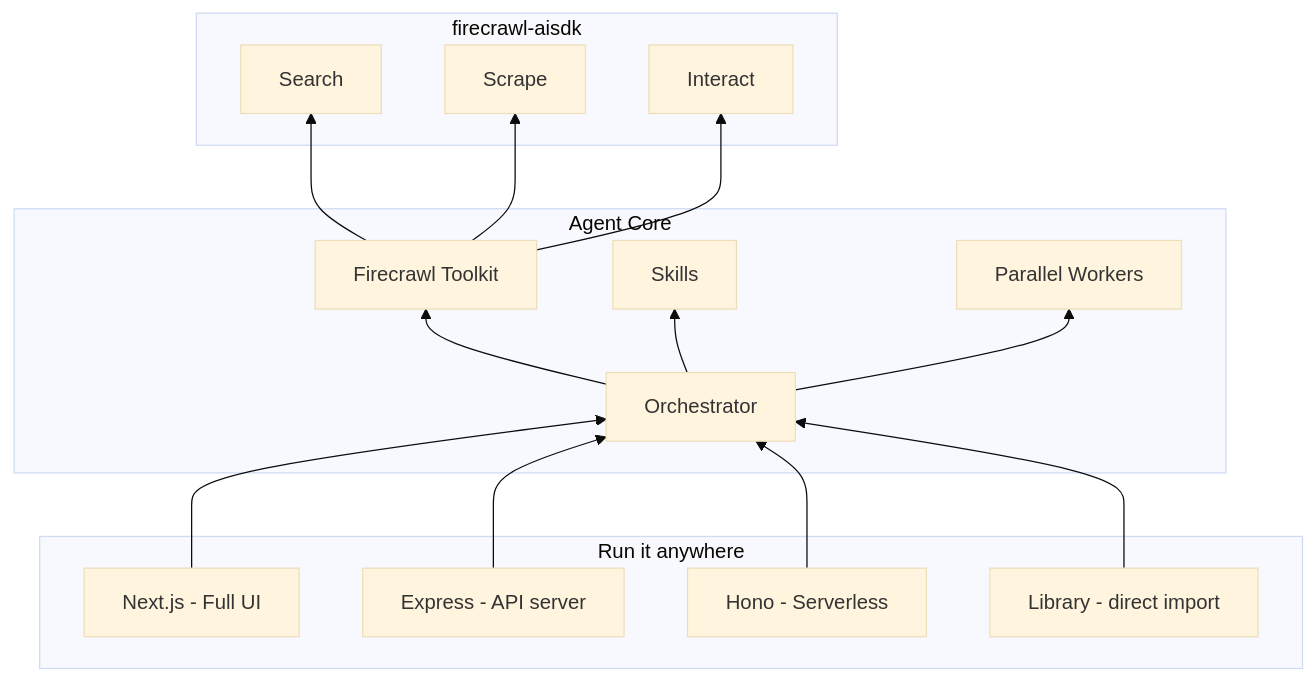
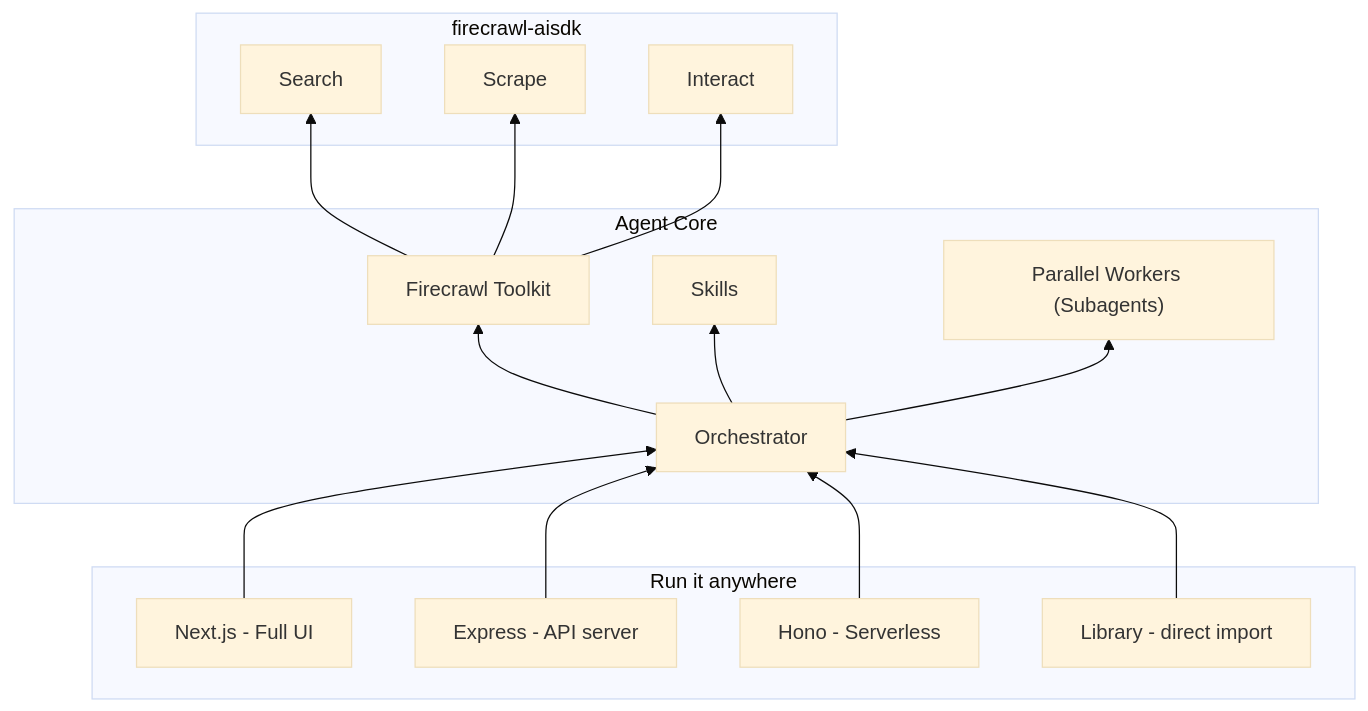
The diagram in README.md (AliceBowRyhl/web-agent), drawn with Mermaid (base theme) before and after one commit.

Commit message:
show subagents in architecture diagram

````diff
--- a/README.md
+++ b/README.md
@@ -71,29 +71,29 @@
 ```mermaid
 graph BT
     subgraph "firecrawl-aisdk"
         SEARCH[Search]
         SCRAPE[Scrape]
         INTERACT[Interact]
     end
 
     subgraph "Agent Core"
         TOOLKIT[Firecrawl Toolkit] --> SEARCH
         TOOLKIT --> SCRAPE
         TOOLKIT --> INTERACT
         ORC[Orchestrator] --> TOOLKIT
         ORC --> SKILLS[Skills]
-        ORC --> WORKERS[Parallel Workers]
+        ORC --> WORKERS["Parallel Workers (Subagents)"]
     end
 
     subgraph "Run it anywhere"
         NEXT["Next.js - Full UI"]
         EXPRESS["Express - API server"]
         HONO["Hono - Serverless"]
         LIB["Library - direct import"]
     end
 
     NEXT --> ORC
     EXPRESS --> ORC
     HONO --> ORC
     LIB --> ORC
 ```
````
